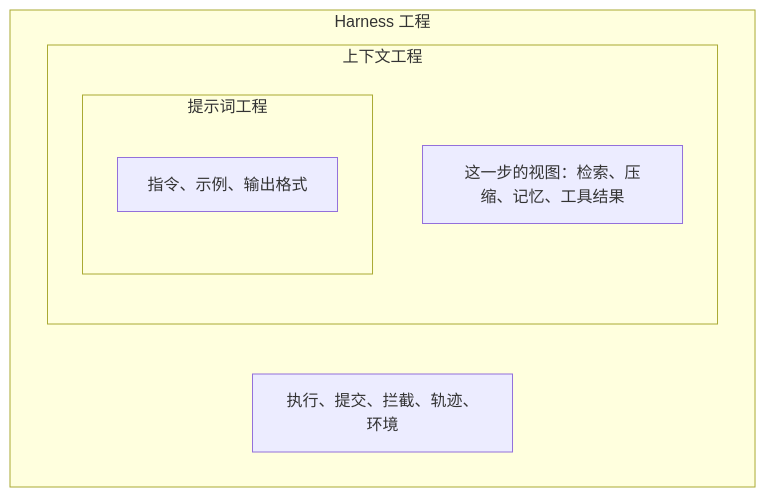
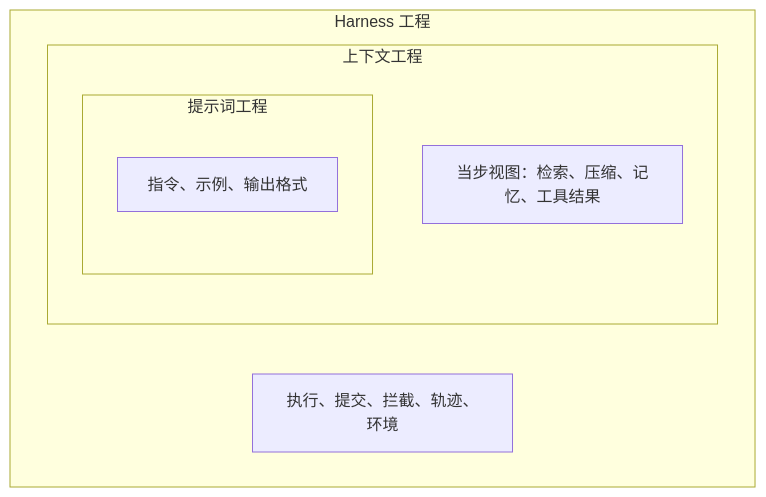
Before and after one commit to dwq370/Hands-On-Harness: the fourth of 5 diagrams in 基础概念/Harness历史演进基本原理.md, drawn with Mermaid. The commit also changed other lines of this file and 2 other files, not shown here.

````diff
--- a/基础概念/Harness历史演进基本原理.md
+++ b/基础概念/Harness历史演进基本原理.md
@@ -151,12 +153,12 @@
 ```mermaid
 flowchart TB
   subgraph harnessScope [Harness 工程]
     subgraph contextScope [上下文工程]
       subgraph promptScope [提示词工程]
         words[指令、示例、输出格式]
       end
-      view[这一步的视图：检索、压缩、记忆、工具结果]
+      view[当步视图：检索、压缩、记忆、工具结果]
     end
     runtime[执行、提交、拦截、轨迹、环境]
   end
 ```
````
